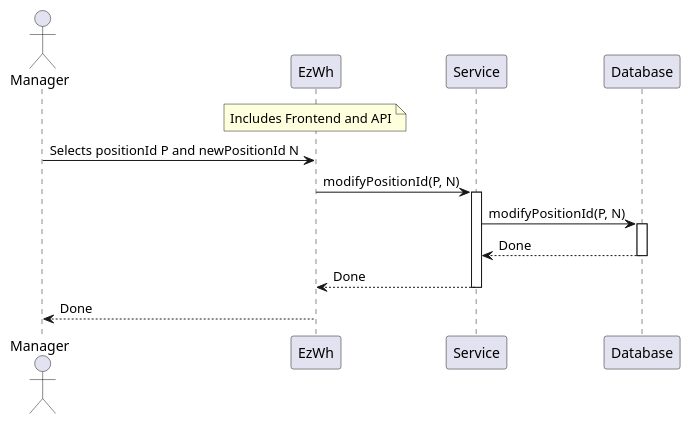
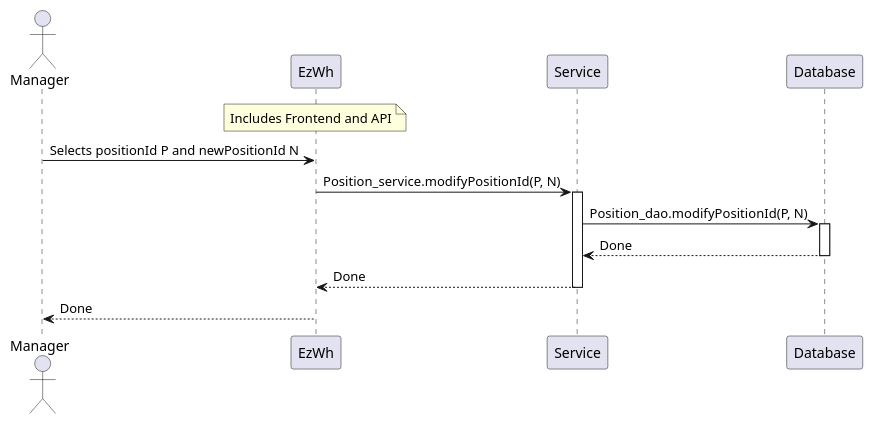
Before and after one commit to giuseppe-dandrea/EzWh: the fifth of 12 diagrams in DesignDocument.md, drawn with PlantUML. The commit also changed other lines of this file, not shown here.

Commit message:
seq diagrams 1-1, 1-3, 2-1, 2-2, 3-1 updated

````diff
--- a/DesignDocument.md
+++ b/DesignDocument.md
@@ -634,18 +613,18 @@
 ```plantuml
 actor Manager
 participant EzWh
 note over EzWh: Includes Frontend and API
 participant Service
 participant Database
 
 Manager -> EzWh: Selects positionId P and newPositionId N
-EzWh -> Service: modifyPositionId(P, N)
+EzWh -> Service: Position_service.modifyPositionId(P, N)
 activate Service
-Service -> Database : modifyPositionId(P, N)
+Service -> Database : Position_dao.modifyPositionId(P, N)
 activate Database
 Database --> Service : Done
 deactivate Database
 Service --> EzWh : Done
 deactivate Service
 EzWh --> Manager : Done
 ```
````
